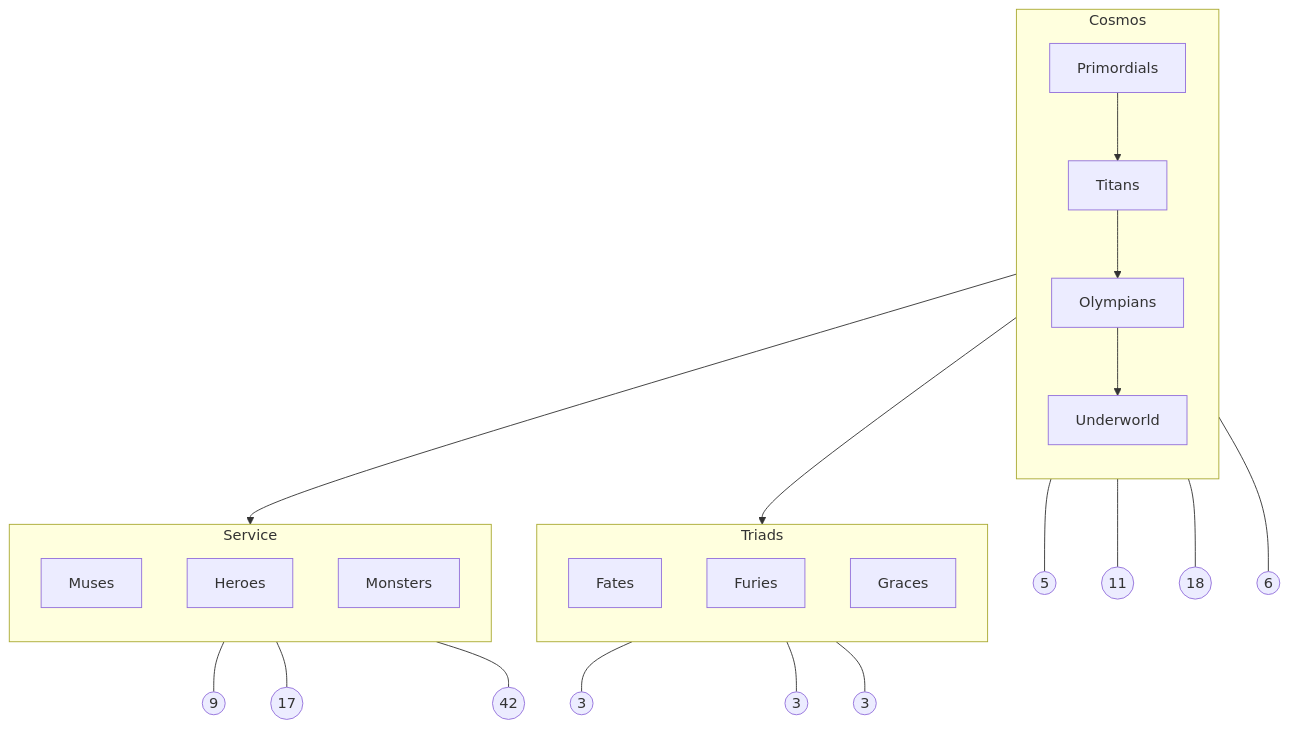
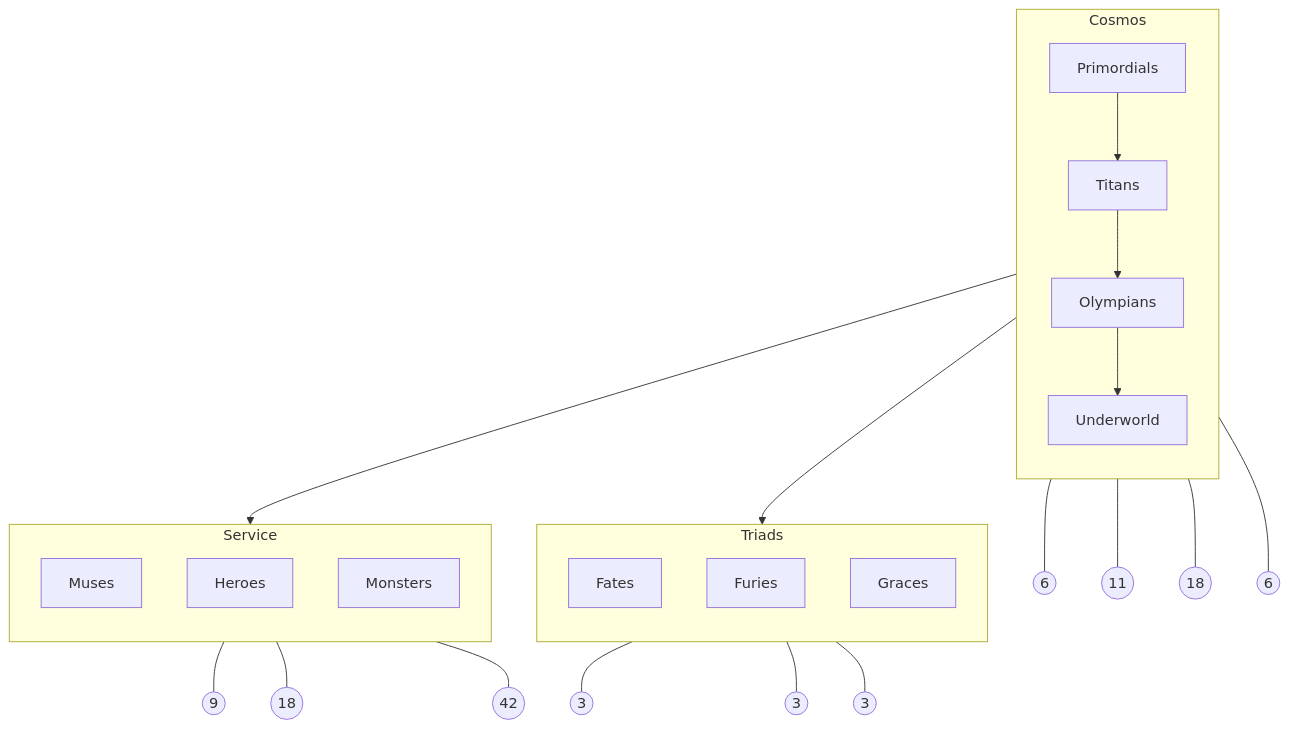
The second of 2 diagrams in codex/ARCHITECTURE.md (EgorKhaklin/olympus-ai), drawn with Mermaid before and after one commit. The commit also changed other lines of this file and 21 other files, not shown here.

````diff
--- a/codex/ARCHITECTURE.md
+++ b/codex/ARCHITECTURE.md
@@ -297,42 +297,42 @@
 ```mermaid
 %% Tier map — generated by Daedalus.
 flowchart TB
 
     subgraph Cosmos
         direction TB
         Primordials[Primordials]
         Titans[Titans]
         Olympians[Olympians]
         Underworld[Underworld]
     end
 
     subgraph Triads
         direction TB
         Fates[Fates]
         Furies[Furies]
         Graces[Graces]
     end
 
     subgraph Service
         direction TB
         Muses[Muses]
         Heroes[Heroes]
         Monsters[Monsters]
     end
 
     Primordials --> Titans --> Olympians
     Olympians --> Underworld
     Olympians --> Triads
     Olympians --> Service
 
-    Primordials --- PrimordialsCount((5))
+    Primordials --- PrimordialsCount((6))
     Titans --- TitansCount((11))
     Olympians --- OlympiansCount((18))
     Underworld --- UnderworldCount((6))
     Fates --- FatesCount((3))
     Furies --- FuriesCount((3))
     Graces --- GracesCount((3))
     Muses --- MusesCount((9))
-    Heroes --- HeroesCount((17))
+    Heroes --- HeroesCount((18))
     Monsters --- MonstersCount((42))
 ```
````
